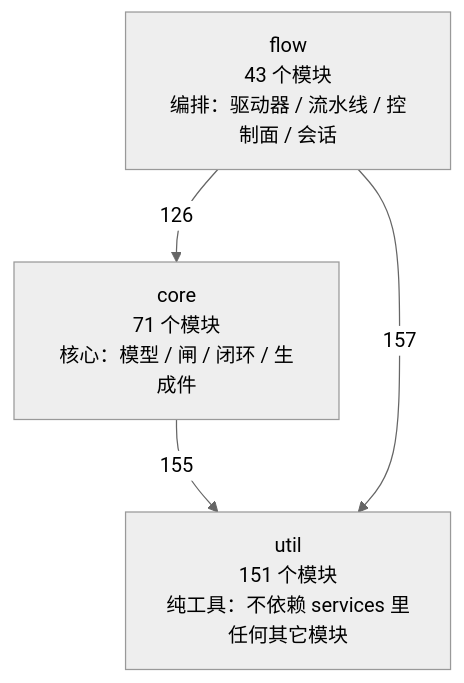
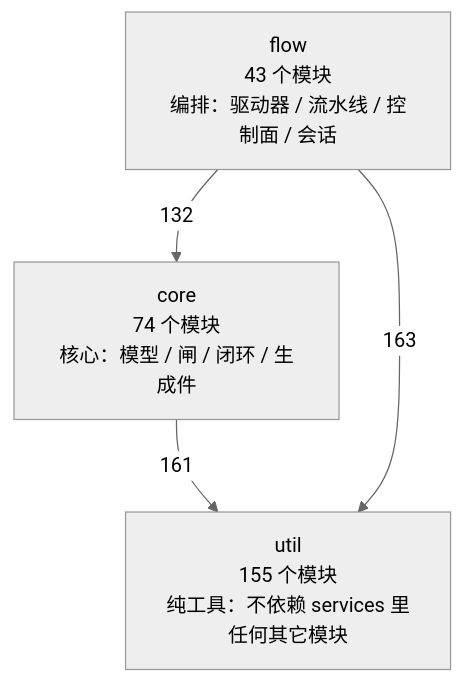
Before and after one commit to 2686521696/WhyBuddy: the first of 4 diagrams in docs/SlideRule V6.2 架构图（自动生成）.md, drawn with Mermaid (neutral theme). The commit also changed other lines of this file and 4 other files, not shown here.

First line of the commit message:
架构图：技能商店与办公产物进清单并重生成。

````diff
--- a/docs/SlideRule V6.2 架构图（自动生成）.md
+++ b/docs/SlideRule V6.2 架构图（自动生成）.md
@@ -50,9 +50,9 @@
 ```mermaid
 flowchart TB
-  util["util<br/>151 个模块<br/>纯工具：不依赖 services 里任何其它模块"]
-  core["core<br/>71 个模块<br/>核心：模型 / 闸 / 闭环 / 生成件"]
+  util["util<br/>155 个模块<br/>纯工具：不依赖 services 里任何其它模块"]
+  core["core<br/>74 个模块<br/>核心：模型 / 闸 / 闭环 / 生成件"]
   flow["flow<br/>43 个模块<br/>编排：驱动器 / 流水线 / 控制面 / 会话"]
-  core -->|155| util
-  flow -->|126| core
-  flow -->|157| util
+  core -->|161| util
+  flow -->|132| core
+  flow -->|163| util
 ```
````
